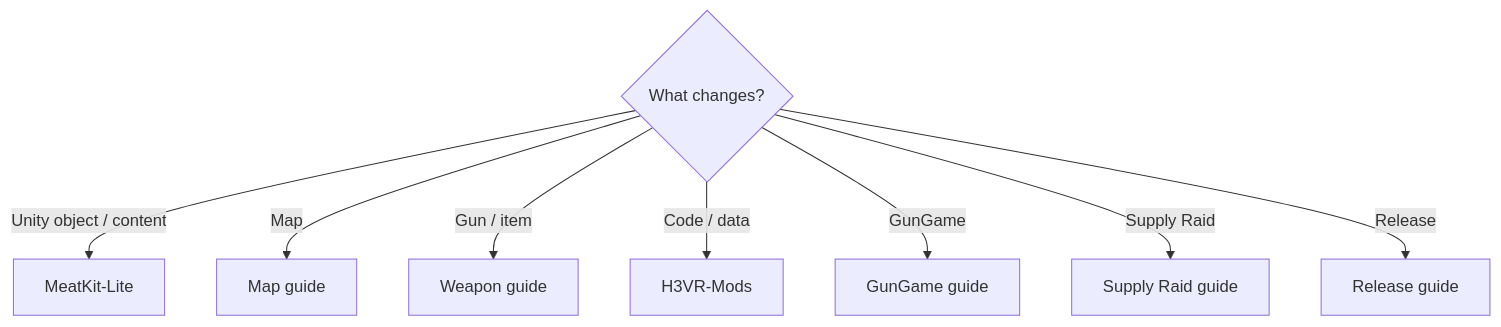
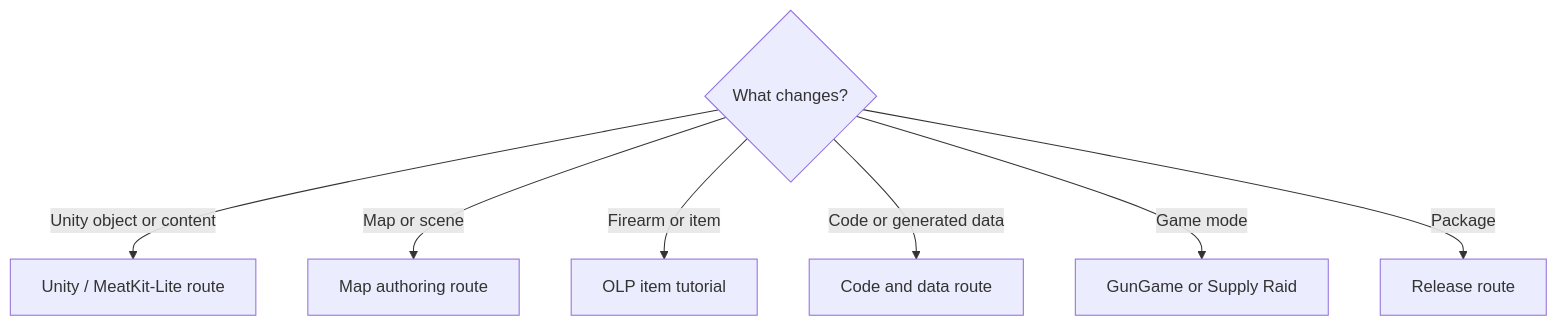
The diagram in docs/start-here.md (haohlin/H3VR-modding-handbook), drawn with Mermaid before and after one commit. The commit also changed other lines of this file and 5 other files, not shown here.

````diff
--- a/docs/start-here.md
+++ b/docs/start-here.md
@@ -16,11 +24,10 @@
-~~~mermaid
+```mermaid
 flowchart TD
   choose{What changes?}
-  choose -->|Unity object / content| unity[MeatKit-Lite]
-  choose -->|Map| maps[Map guide]
-  choose -->|Gun / item| weapon[Weapon guide]
-  choose -->|Code / data| code[H3VR-Mods]
-  choose -->|GunGame| game[GunGame guide]
-  choose -->|Supply Raid| supplyraid[Supply Raid guide]
-  choose -->|Release| release[Release guide]
-~~~
+  choose -->|Unity object or content| unity[Unity / MeatKit-Lite route]
+  choose -->|Map or scene| maps[Map authoring route]
+  choose -->|Firearm or item| item[OLP item tutorial]
+  choose -->|Code or generated data| code[Code and data route]
+  choose -->|Game mode| modes[GunGame or Supply Raid]
+  choose -->|Package| release[Release route]
+```
````
